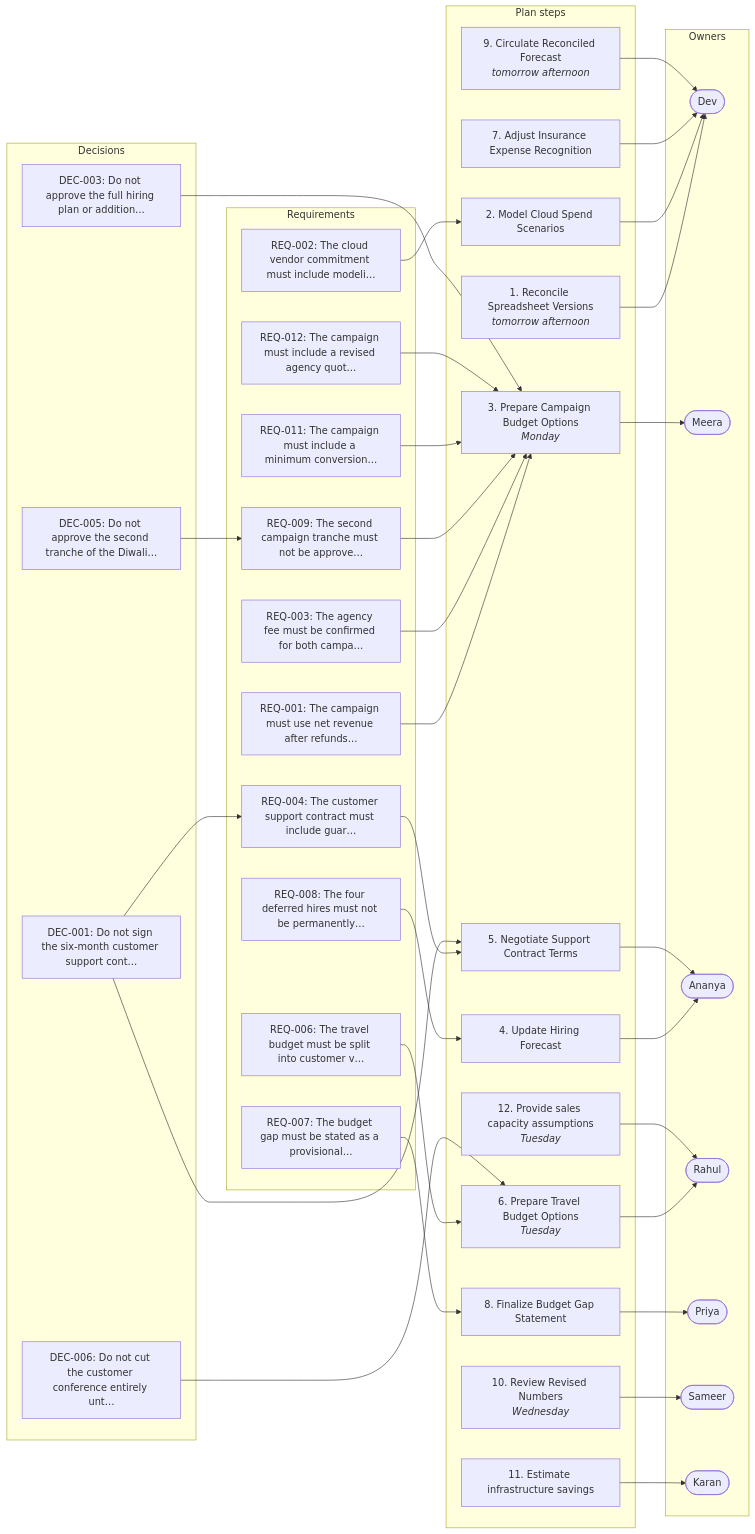
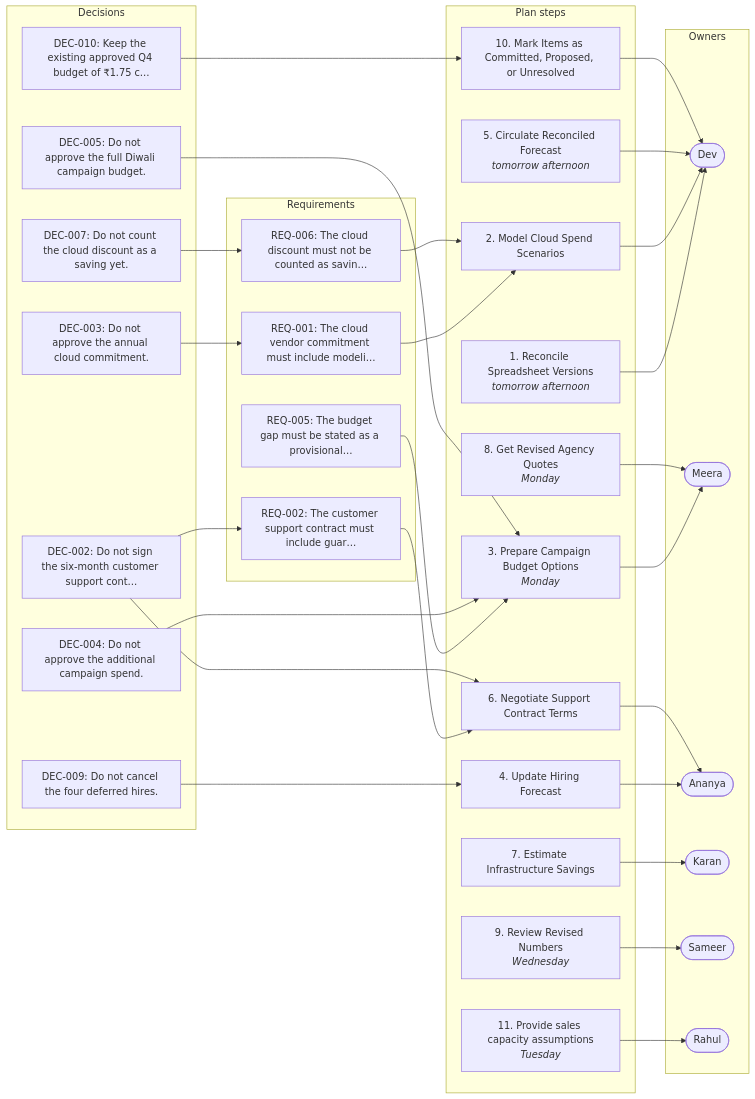
One commit to SarthakChandrayan/Planar changed the diagram in site/demo/reports/q4_budget_review.md. Above: the diagram before and after it, drawn with Mermaid. The commit also changed other lines of this file and 11 other files, not shown here.

````diff
--- a/site/demo/reports/q4_budget_review.md
+++ b/site/demo/reports/q4_budget_review.md
@@ -239,71 +255,62 @@
 ```mermaid
 flowchart LR
   subgraph why["Decisions"]
-    DEC_003["DEC-003: Do not approve the full hiring plan or addition…"]
-    DEC_001["DEC-001: Do not sign the six-month customer support cont…"]
-    DEC_006["DEC-006: Do not cut the customer conference entirely unt…"]
-    DEC_005["DEC-005: Do not approve the second tranche of the Diwali…"]
+    DEC_004["DEC-004: Do not approve the additional campaign spend."]
+    DEC_005["DEC-005: Do not approve the full Diwali campaign budget."]
+    DEC_009["DEC-009: Do not cancel the four deferred hires."]
+    DEC_002["DEC-002: Do not sign the six-month customer support cont…"]
+    DEC_010["DEC-010: Keep the existing approved Q4 budget of ₹1.75 c…"]
+    DEC_003["DEC-003: Do not approve the annual cloud commitment."]
+    DEC_007["DEC-007: Do not count the cloud discount as a saving yet."]
   end
   subgraph what["Requirements"]
-    REQ_002["REQ-002: The cloud vendor commitment must include modeli…"]
-    REQ_001["REQ-001: The campaign must use net revenue after refunds…"]
-    REQ_003["REQ-003: The agency fee must be confirmed for both campa…"]
-    REQ_009["REQ-009: The second campaign tranche must not be approve…"]
-    REQ_011["REQ-011: The campaign must include a minimum conversion…"]
-    REQ_012["REQ-012: The campaign must include a revised agency quot…"]
-    REQ_008["REQ-008: The four deferred hires must not be permanently…"]
-    REQ_004["REQ-004: The customer support contract must include guar…"]
-    REQ_006["REQ-006: The travel budget must be split into customer v…"]
-    REQ_007["REQ-007: The budget gap must be stated as a provisional…"]
+    REQ_001["REQ-001: The cloud vendor commitment must include modeli…"]
+    REQ_006["REQ-006: The cloud discount must not be counted as savin…"]
+    REQ_005["REQ-005: The budget gap must be stated as a provisional…"]
+    REQ_002["REQ-002: The customer support contract must include guar…"]
   end
   subgraph how["Plan steps"]
     STEP_001["1. Reconcile Spreadsheet Versions<br/><i>tomorrow afternoon</i>"]
     STEP_002["2. Model Cloud Spend Scenarios"]
     STEP_003["3. Prepare Campaign Budget Options<br/><i>Monday</i>"]
     STEP_004["4. Update Hiring Forecast"]
-    STEP_005["5. Negotiate Support Contract Terms"]
-    STEP_006["6. Prepare Travel Budget Options<br/><i>Tuesday</i>"]
-    STEP_007["7. Adjust Insurance Expense Recognition"]
-    STEP_008["8. Finalize Budget Gap Statement"]
-    STEP_009["9. Circulate Reconciled Forecast<br/><i>tomorrow afternoon</i>"]
-    STEP_010["10. Review Revised Numbers<br/><i>Wednesday</i>"]
-    STEP_011["11. Estimate infrastructure savings"]
-    STEP_012["12. Provide sales capacity assumptions<br/><i>Tuesday</i>"]
+    STEP_005["5. Circulate Reconciled Forecast<br/><i>tomorrow afternoon</i>"]
+    STEP_006["6. Negotiate Support Contract Terms"]
+    STEP_007["7. Estimate Infrastructure Savings"]
+    STEP_008["8. Get Revised Agency Quotes<br/><i>Monday</i>"]
+    STEP_009["9. Review Revised Numbers<br/><i>Wednesday</i>"]
+    STEP_010["10. Mark Items as Committed, Proposed, or Unresolved"]
+    STEP_011["11. Provide sales capacity assumptions<br/><i>Tuesday</i>"]
   end
   subgraph who["Owners"]
     OWNER_Dev(["Dev"])
     OWNER_Meera(["Meera"])
     OWNER_Ananya(["Ananya"])
+    OWNER_Karan(["Karan"])
+    OWNER_Sameer(["Sameer"])
     OWNER_Rahul(["Rahul"])
-    OWNER_Priya(["Priya"])
-    OWNER_Sameer(["Sameer"])
-    OWNER_Karan(["Karan"])
   end
   STEP_001 --> OWNER_Dev
-  REQ_002 --> STEP_002
+  REQ_001 --> STEP_002
+  REQ_006 --> STEP_002
   STEP_002 --> OWNER_Dev
-  REQ_001 --> STEP_003
-  REQ_003 --> STEP_003
-  REQ_009 --> STEP_003
-  REQ_011 --> STEP_003
-  REQ_012 --> STEP_003
-  DEC_003 --> STEP_003
+  REQ_005 --> STEP_003
+  DEC_004 --> STEP_003
+  DEC_005 --> STEP_003
   STEP_003 --> OWNER_Meera
-  REQ_008 --> STEP_004
+  DEC_009 --> STEP_004
   STEP_004 --> OWNER_Ananya
-  REQ_004 --> STEP_005
-  DEC_001 --> STEP_005
-  STEP_005 --> OWNER_Ananya
-  REQ_006 --> STEP_006
-  DEC_006 --> STEP_006
-  STEP_006 --> OWNER_Rahul
-  STEP_007 --> OWNER_Dev
-  REQ_007 --> STEP_008
-  STEP_008 --> OWNER_Priya
-  STEP_009 --> OWNER_Dev
-  STEP_010 --> OWNER_Sameer
-  STEP_011 --> OWNER_Karan
-  STEP_012 --> OWNER_Rahul
-  DEC_005 --> REQ_009
-  DEC_001 --> REQ_004
+  STEP_005 --> OWNER_Dev
+  REQ_002 --> STEP_006
+  DEC_002 --> STEP_006
+  STEP_006 --> OWNER_Ananya
+  STEP_007 --> OWNER_Karan
+  STEP_008 --> OWNER_Meera
+  STEP_009 --> OWNER_Sameer
+  DEC_010 --> STEP_010
+  STEP_010 --> OWNER_Dev
+  STEP_011 --> OWNER_Rahul
+  DEC_003 --> REQ_001
+  DEC_007 --> REQ_006
+  DEC_002 --> REQ_002
 ```
````
